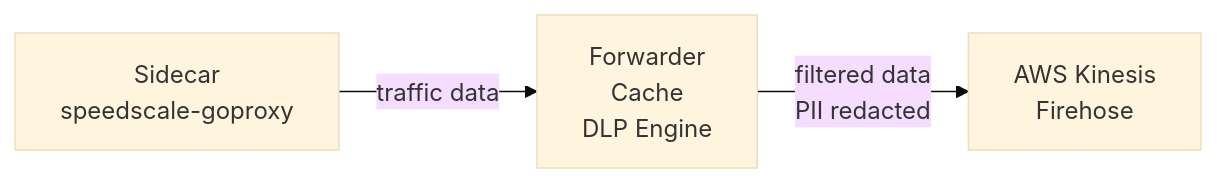
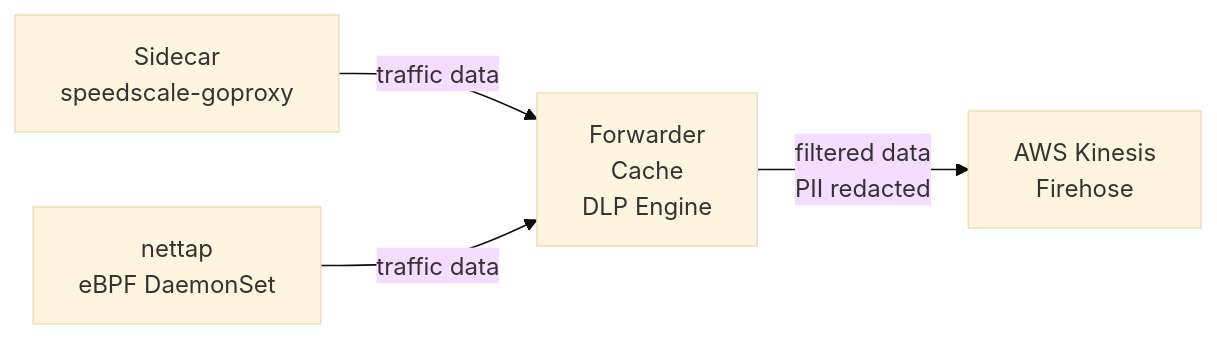
Before and after one commit to speedscale/docs: the fifth of 5 diagrams in docs/reference/architecture.md, drawn with Mermaid (base theme). The commit also changed other lines of this file and 15 other files, not shown here.

First line of the commit message:
Replace architecture PNG diagrams with mermaid, remove Azure App Services (#635)

````diff
--- a/docs/reference/architecture.md
+++ b/docs/reference/architecture.md
@@ -106,9 +215,11 @@
 ```mermaid
 graph LR
     Sidecar[Sidecar<br/>speedscale-goproxy]
+    Nettap[nettap<br/>eBPF DaemonSet]
     Forwarder[Forwarder<br/>Cache<br/>DLP Engine]
     Kinesis[AWS Kinesis<br/>Firehose]
     
     Sidecar -->|traffic data| Forwarder
+    Nettap -->|traffic data| Forwarder
     Forwarder -->|filtered data<br/>PII redacted| Kinesis
 ```
````
